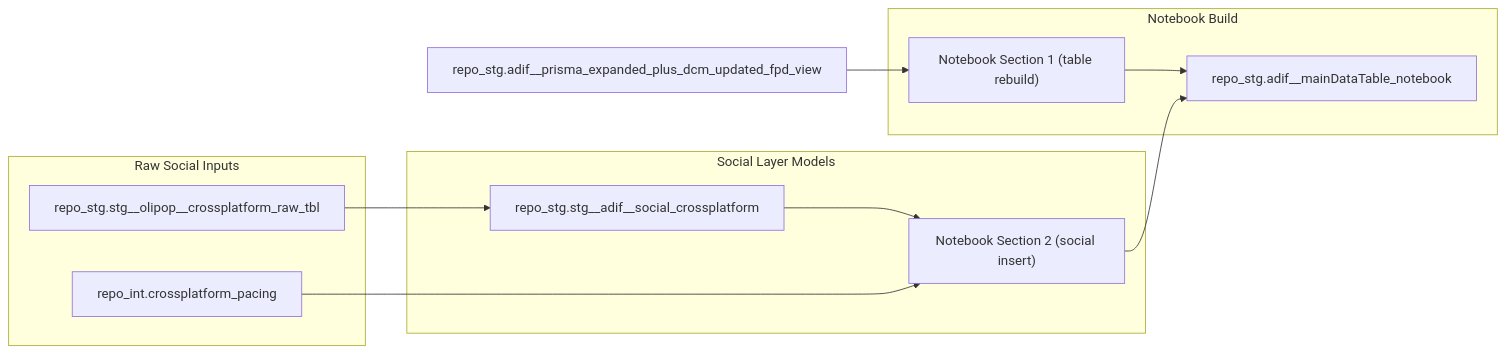
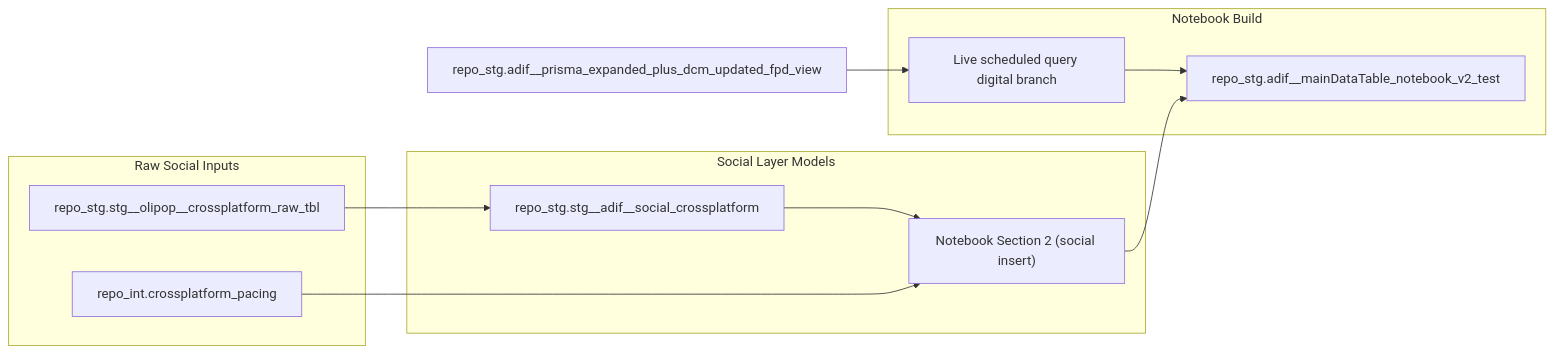
The diagram in adif/projects/social_layering/README.md (genetsen/looker_personal), drawn with Mermaid before and after one commit. The commit also changed other lines of this file and 7 other files, not shown here.

````diff
--- a/adif/projects/social_layering/README.md
+++ b/adif/projects/social_layering/README.md
@@ -8,24 +9,24 @@
 ```mermaid
 flowchart LR
   subgraph raw_social["Raw Social Inputs"]
     social_raw["repo_stg.stg__olipop__crossplatform_raw_tbl"]
     pacing["repo_int.crossplatform_pacing"]
   end
 
   subgraph social_models["Social Layer Models"]
     social_stg["repo_stg.stg__adif__social_crossplatform"]
     social_nb_s2["Notebook Section 2 (social insert)"]
   end
 
   subgraph notebook["Notebook Build"]
-    social_nb_s1["Notebook Section 1 (table rebuild)"]
-    target_tbl["repo_stg.adif__mainDataTable_notebook"]
+    social_nb_s1["Live scheduled query digital branch"]
+    target_tbl["repo_stg.adif__mainDataTable_notebook_v2_test"]
   end
 
   social_raw --> social_stg
   social_stg --> social_nb_s2
   pacing --> social_nb_s2
   core_upd["repo_stg.adif__prisma_expanded_plus_dcm_updated_fpd_view"] --> social_nb_s1
   social_nb_s1 --> target_tbl
   social_nb_s2 --> target_tbl
 ```
````
